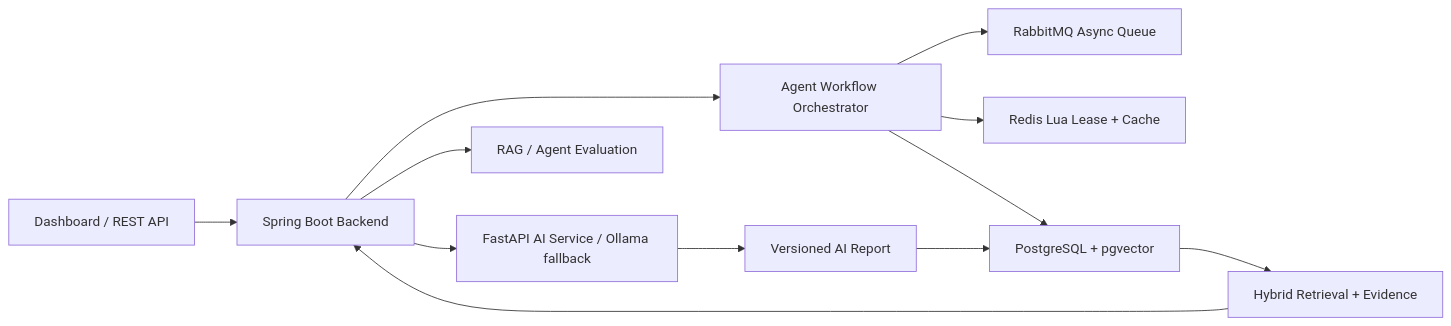
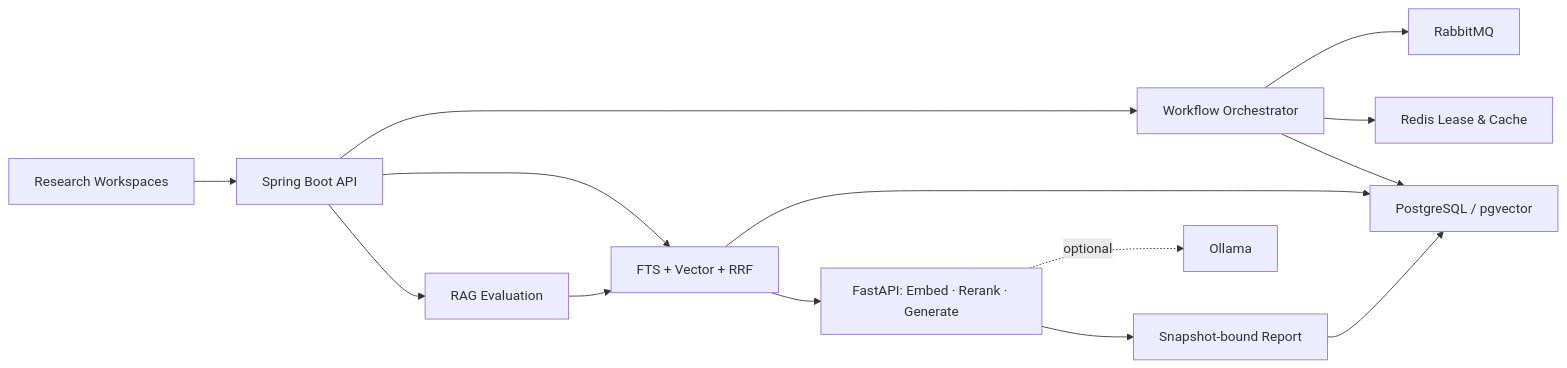
The diagram in README.md (juanjuandog/FinSight-AI), drawn with Mermaid before and after one commit. The commit also changed other lines of this file and 8 other files, not shown here.

````diff
--- a/README.md
+++ b/README.md
@@ -70,14 +104,17 @@
 ```mermaid
 flowchart LR
-    UI["Dashboard / REST API"] --> Backend["Spring Boot Backend"]
-    Backend --> Workflow["Agent Workflow Orchestrator"]
-    Workflow --> MQ["RabbitMQ Async Queue"]
-    Workflow --> Redis["Redis Lua Lease + Cache"]
-    Workflow --> PG["PostgreSQL + pgvector"]
-    Backend --> AI["FastAPI AI Service / Ollama fallback"]
-    PG --> Retrieval["Hybrid Retrieval + Evidence"]
-    Retrieval --> Backend
-    AI --> Report["Versioned AI Report"]
-    Report --> PG
-    Backend --> Eval["RAG / Agent Evaluation"]
+    UI["Research Workspaces"] --> API["Spring Boot API"]
+    API --> WF["Workflow Orchestrator"]
+    WF --> MQ["RabbitMQ"]
+    WF --> Lease["Redis Lease & Cache"]
+    WF --> DB["PostgreSQL / pgvector"]
+
+    API --> Retrieval["FTS + Vector + RRF"]
+    Retrieval --> DB
+    Retrieval --> Sidecar["FastAPI: Embed · Rerank · Generate"]
+    Sidecar -. optional .-> Ollama["Ollama"]
+    Sidecar --> Report["Snapshot-bound Report"]
+    Report --> DB
+    API --> Eval["RAG Evaluation"]
+    Eval --> Retrieval
 ```
````
